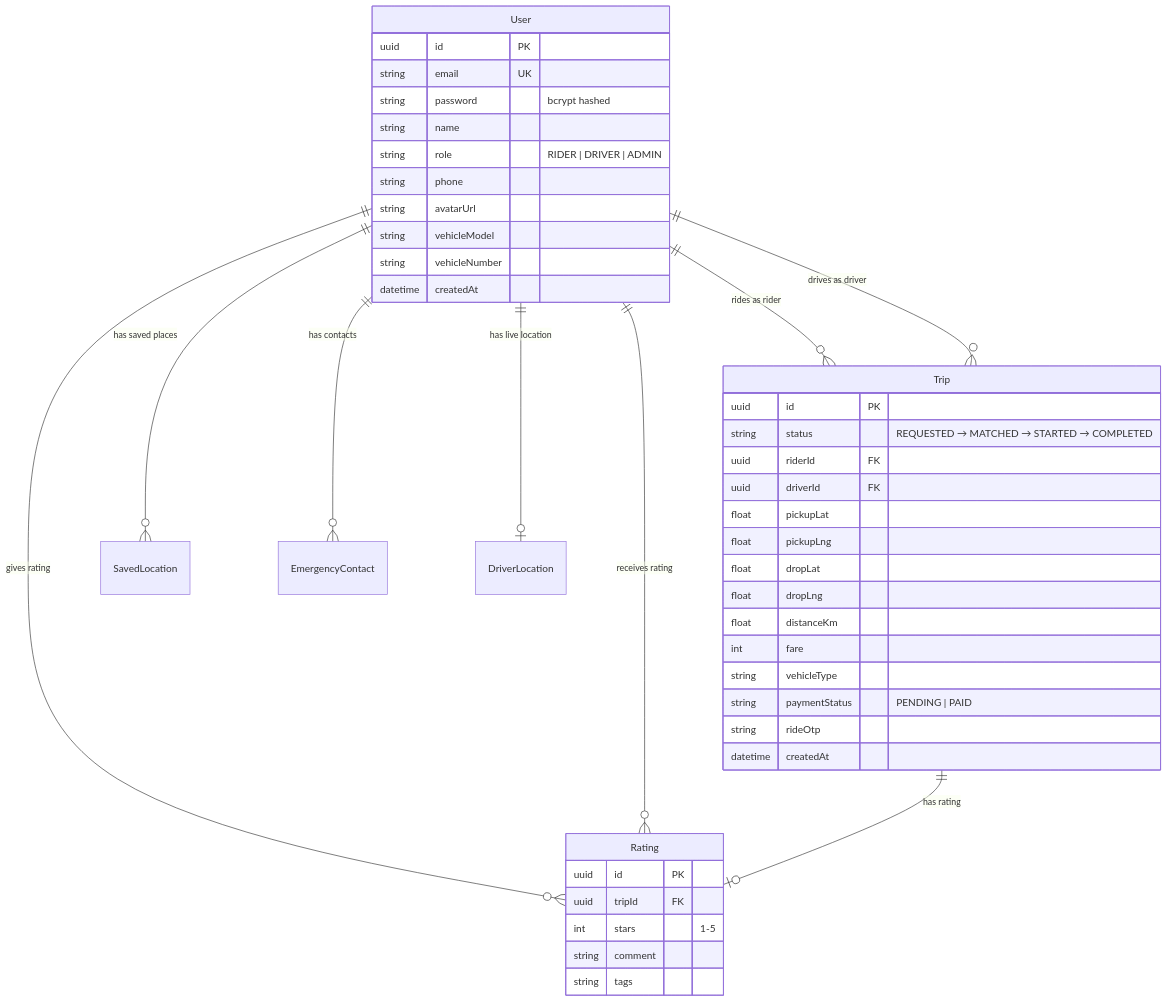
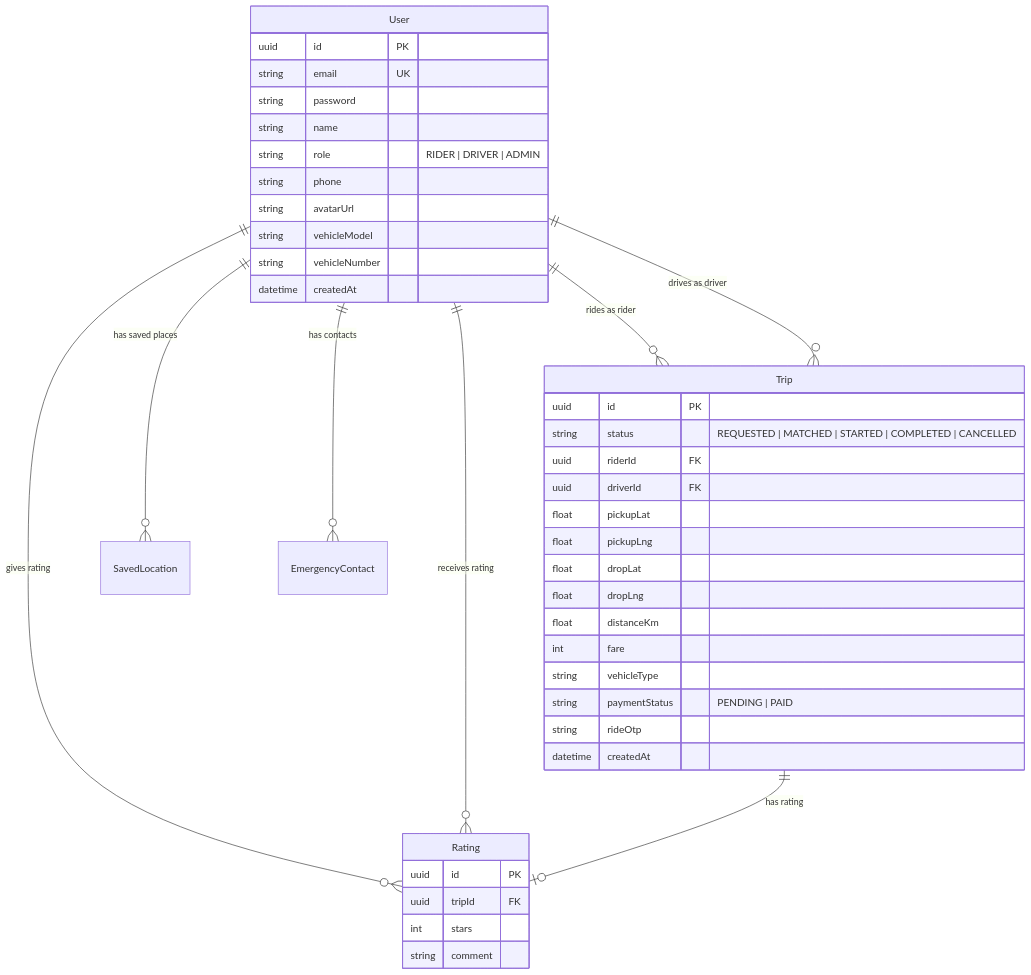
One commit to sarthaksaxenaa/RideShare-Platform changed the second of 2 diagrams in README.md. Above: the diagram before and after it, drawn with Mermaid. The commit also changed other lines of this file and 8 other files, not shown here.

````diff
--- a/README.md
+++ b/README.md
@@ -274,49 +118,47 @@
 ```mermaid
 erDiagram
     User ||--o{ Trip : "rides as rider"
     User ||--o{ Trip : "drives as driver"
     User ||--o{ Rating : "gives rating"
     User ||--o{ Rating : "receives rating"
     User ||--o{ SavedLocation : "has saved places"
     User ||--o{ EmergencyContact : "has contacts"
-    User ||--o| DriverLocation : "has live location"
     Trip ||--o| Rating : "has rating"
 
     User {
         uuid id PK
         string email UK
-        string password "bcrypt hashed"
+        string password
         string name
         string role "RIDER | DRIVER | ADMIN"
         string phone
         string avatarUrl
         string vehicleModel
         string vehicleNumber
         datetime createdAt
     }
 
     Trip {
         uuid id PK
-        string status "REQUESTED → MATCHED → STARTED → COMPLETED"
+        string status "REQUESTED | MATCHED | STARTED | COMPLETED | CANCELLED"
         uuid riderId FK
         uuid driverId FK
         float pickupLat
         float pickupLng
         float dropLat
         float dropLng
         float distanceKm
         int fare
         string vehicleType
         string paymentStatus "PENDING | PAID"
         string rideOtp
         datetime createdAt
     }
 
     Rating {
         uuid id PK
         uuid tripId FK
-        int stars "1-5"
+        int stars
         string comment
-        string tags
     }
 ```
````
